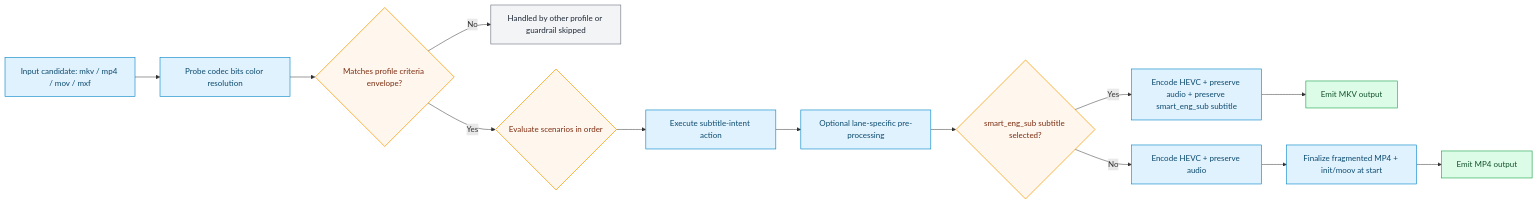
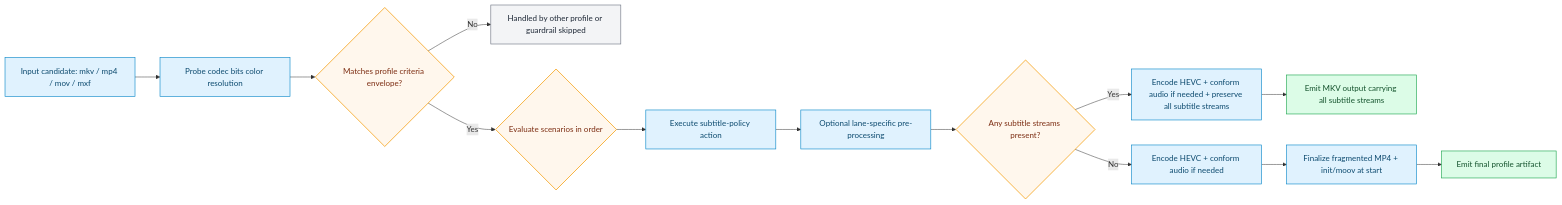
One commit to CraigWatt/vfo changed the diagram in platform/docs-site/docs/profiles/generated/craigstreamy-hevc-all-sub-audio-conform-1080p.md. Above: the diagram before and after it, drawn with Mermaid. The commit also changed 32 other files, not shown here.

````diff
--- a/platform/docs-site/docs/profiles/generated/craigstreamy-hevc-all-sub-audio-conform-1080p.md
+++ b/platform/docs-site/docs/profiles/generated/craigstreamy-hevc-all-sub-audio-conform-1080p.md
@@ -69,20 +69,20 @@
 ```mermaid
 flowchart LR
   classDef gate fill:#fff7ed,stroke:#f59e0b,color:#7c2d12,stroke-width:1.5px;
   classDef stage fill:#e0f2fe,stroke:#0284c7,color:#0c4a6e,stroke-width:1.2px;
   classDef output fill:#dcfce7,stroke:#16a34a,color:#14532d,stroke-width:1.2px;
   classDef skip fill:#f3f4f6,stroke:#6b7280,color:#1f2937,stroke-width:1.2px;
 
   A[Input candidate: mkv / mp4 / mov / mxf]:::stage --> B[Probe codec bits color resolution]:::stage
   B --> C{Matches profile criteria envelope?}:::gate
   C -->|No| Z[Handled by other profile or guardrail skipped]:::skip
   C -->|Yes| D{Evaluate scenarios in order}:::gate
-  D --> E[Execute subtitle-intent action]:::stage
+  D --> E[Execute subtitle-policy action]:::stage
   E --> P[Optional lane-specific pre-processing]:::stage
-  P --> F{smart_eng_sub subtitle selected?}:::gate
-  F -->|Yes| G[Encode HEVC + preserve audio + preserve smart_eng_sub subtitle]:::stage
-  G --> H[Emit MKV output]:::output
-  F -->|No| I[Encode HEVC + preserve audio]:::stage
+  P --> F{Any subtitle streams present?}:::gate
+  F -->|Yes| G[Encode HEVC + conform audio if needed + preserve all subtitle streams]:::stage
+  G --> H[Emit MKV output carrying all subtitle streams]:::output
+  F -->|No| I[Encode HEVC + conform audio if needed]:::stage
   I --> J[Finalize fragmented MP4 + init/moov at start]:::stage
-  J --> K[Emit MP4 output]:::output
+  J --> K[Emit final profile artifact]:::output
 ```
````
